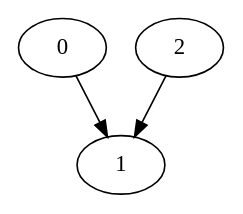
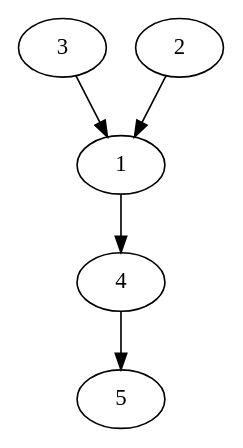
Before and after one commit to sleeepyskies/saarvive-selab23: the diagram in src/systemtest/resources/mapFiles/noMainStreet.dot, drawn with Graphviz. The commit also changed 27 other files, not shown here.

```diff
--- a/src/systemtest/resources/mapFiles/noMainStreet.dot
+++ b/src/systemtest/resources/mapFiles/noMainStreet.dot
@@ -1,9 +1,13 @@
 digraph G {
-	0;
+	3;
 	1;
 	2;
+	4;
+	5;
 
-	0 -> 1 [village=Hamburg; name=Rose_Way; heightLimit=3; weight=10; primaryType=sideStreet; secondaryType=none;];
+	3 -> 1 [village=Hamburg; name=Rose_Way; heightLimit=3; weight=10; primaryType=sideStreet; secondaryType=none;];
 	2 -> 1 [village=Hamburg; name=Umama_Road; heightLimit=3; weight=10; primaryType=sideStreet; secondaryType=none;];
+	1 -> 4 [village=County; name=County; heightLimit=3; weight=10; primaryType=countyRoad; secondaryType=none;];
+	4 -> 5 [village=Trier; name=Rose_Way; heightLimit=3; weight=10; primaryType=sideStreet; secondaryType=none;];
 
 }
```
